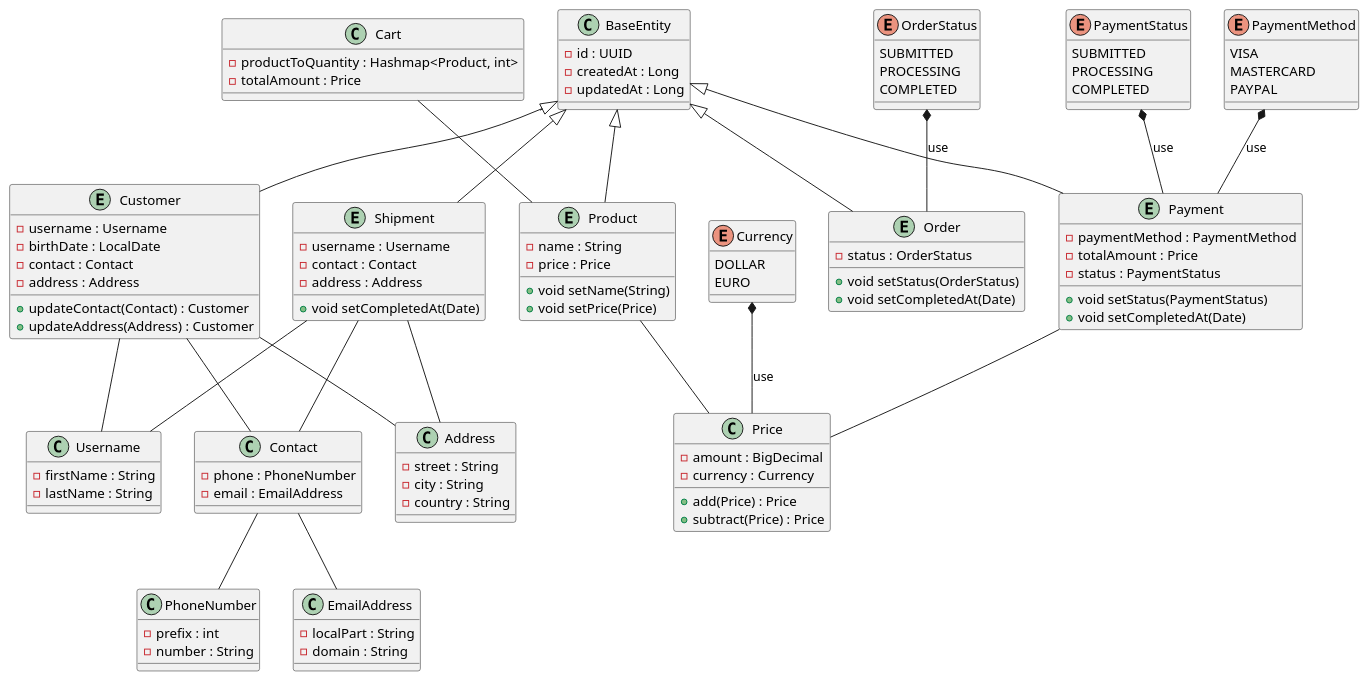
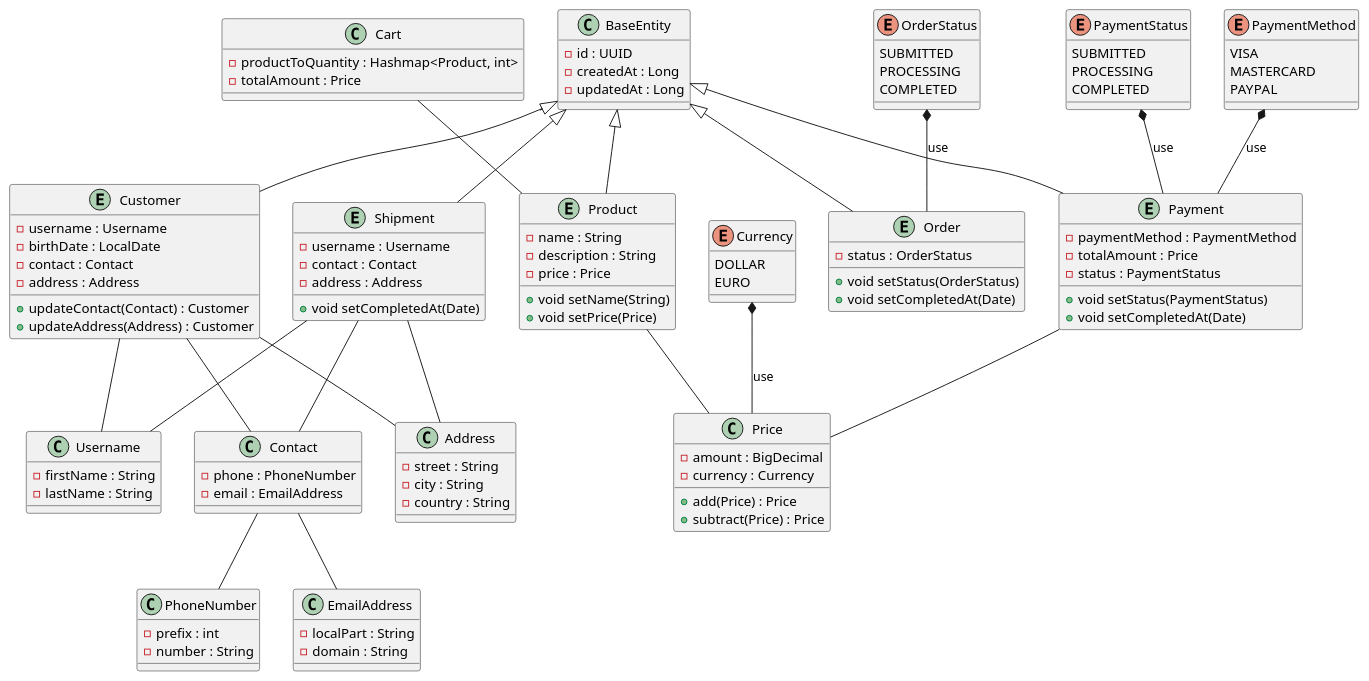
One commit to kagokla/lexailec-store changed the diagram in doc/domain_model_diagram.puml. Above: the diagram before and after it, drawn with PlantUML.

Commit message:
Add a description to the products

```diff
--- a/doc/domain_model_diagram.puml
+++ b/doc/domain_model_diagram.puml
@@ -1,126 +1,127 @@
 @startuml
 'https://plantuml.com/class-diagram
 
 
 class BaseEntity {
 - id : UUID
 - createdAt : Long
 - updatedAt : Long
 }
 
 class PhoneNumber {
 - prefix : int
 - number : String
 }
 
 class EmailAddress {
 - localPart : String
 - domain : String
 }
 
 class Contact {
 - phone : PhoneNumber
 - email : EmailAddress
 }
 
 class Address {
 - street : String
 - city : String
 - country : String
 }
 
 class Username {
 - firstName : String
 - lastName : String
 }
 
 entity Customer extends BaseEntity {
 - username : Username
 - birthDate : LocalDate
 - contact : Contact
 - address : Address
 + updateContact(Contact) : Customer
 + updateAddress(Address) : Customer
 }
 
 enum Currency {
 DOLLAR
 EURO
 }
 
 class Price {
 - amount : BigDecimal
 - currency : Currency
 + add(Price) : Price
 + subtract(Price) : Price
 }
 
 entity Product extends BaseEntity {
 - name : String
+- description : String
 - price : Price
 + void setName(String)
 + void setPrice(Price)
 }
 
 enum PaymentStatus {
 SUBMITTED
 PROCESSING
 COMPLETED
 }
 
 enum PaymentMethod {
 VISA
 MASTERCARD
 PAYPAL
 }
 
 entity Payment extends BaseEntity {
 - paymentMethod : PaymentMethod
 - totalAmount : Price
 - status : PaymentStatus
 + void setStatus(PaymentStatus)
 + void setCompletedAt(Date)
 }
 
 
 entity Shipment extends BaseEntity {
 - username : Username
 - contact : Contact
 - address : Address
 + void setCompletedAt(Date)
 }
 
 class Cart {
 - productToQuantity : Hashmap<Product, int>
 - totalAmount : Price
 }
 
 enum OrderStatus {
 SUBMITTED
 PROCESSING
 COMPLETED
 }
 
 entity Order extends BaseEntity {
 - status : OrderStatus
 + void setStatus(OrderStatus)
 + void setCompletedAt(Date)
 }
 
 Cart -- Product
 Payment -- Price
 Product -- Price
 Currency *-- Price : use
 OrderStatus *-- Order : use
 PaymentStatus *-- Payment : use
 PaymentMethod *-- Payment : use
 Contact -- PhoneNumber
 Contact -- EmailAddress
 Customer -- Contact
 Customer -- Username
 Customer -- Address
 Shipment -- Contact
 Shipment -- Username
 Shipment -- Address
 
 @enduml
```
